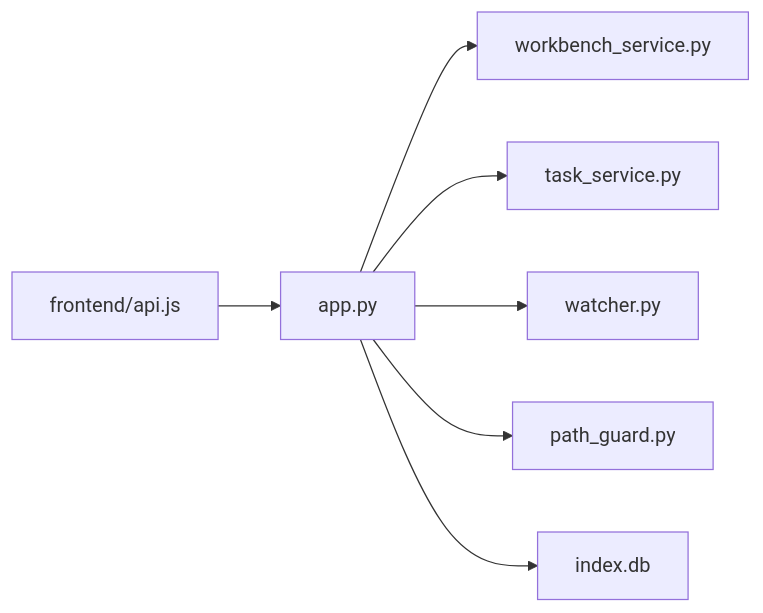
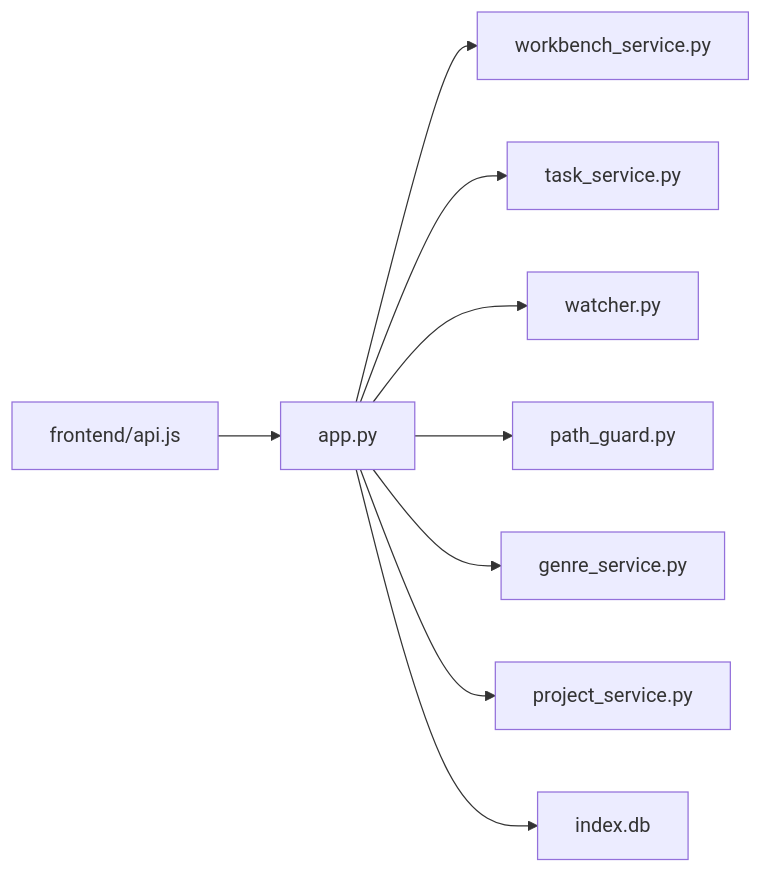
The sixth of 6 diagrams in .qoder/repowiki/zh/content/写作工作台/API接口规范.md (ssffpt/webnovel-writer), drawn with Mermaid before and after one commit. The commit also changed other lines of this file and 13 other files, not shown here.

````diff
--- a/.qoder/repowiki/zh/content/写作工作台/API接口规范.md
+++ b/.qoder/repowiki/zh/content/写作工作台/API接口规范.md
@@ -351,9 +531,11 @@
 ```mermaid
 graph LR
 APP["app.py"] --> WB["workbench_service.py"]
 APP --> TS["task_service.py"]
 APP --> FW["watcher.py"]
 APP --> PG["path_guard.py"]
+APP --> GS["genre_service.py"]
+APP --> PS["project_service.py"]
 APP --> DB["index.db"]
 FE["frontend/api.js"] --> APP
 ```
````
